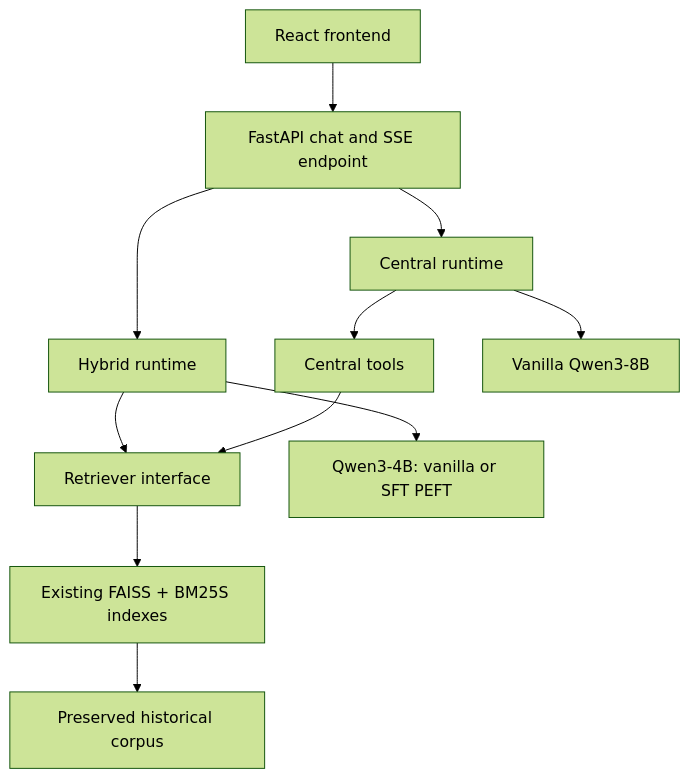
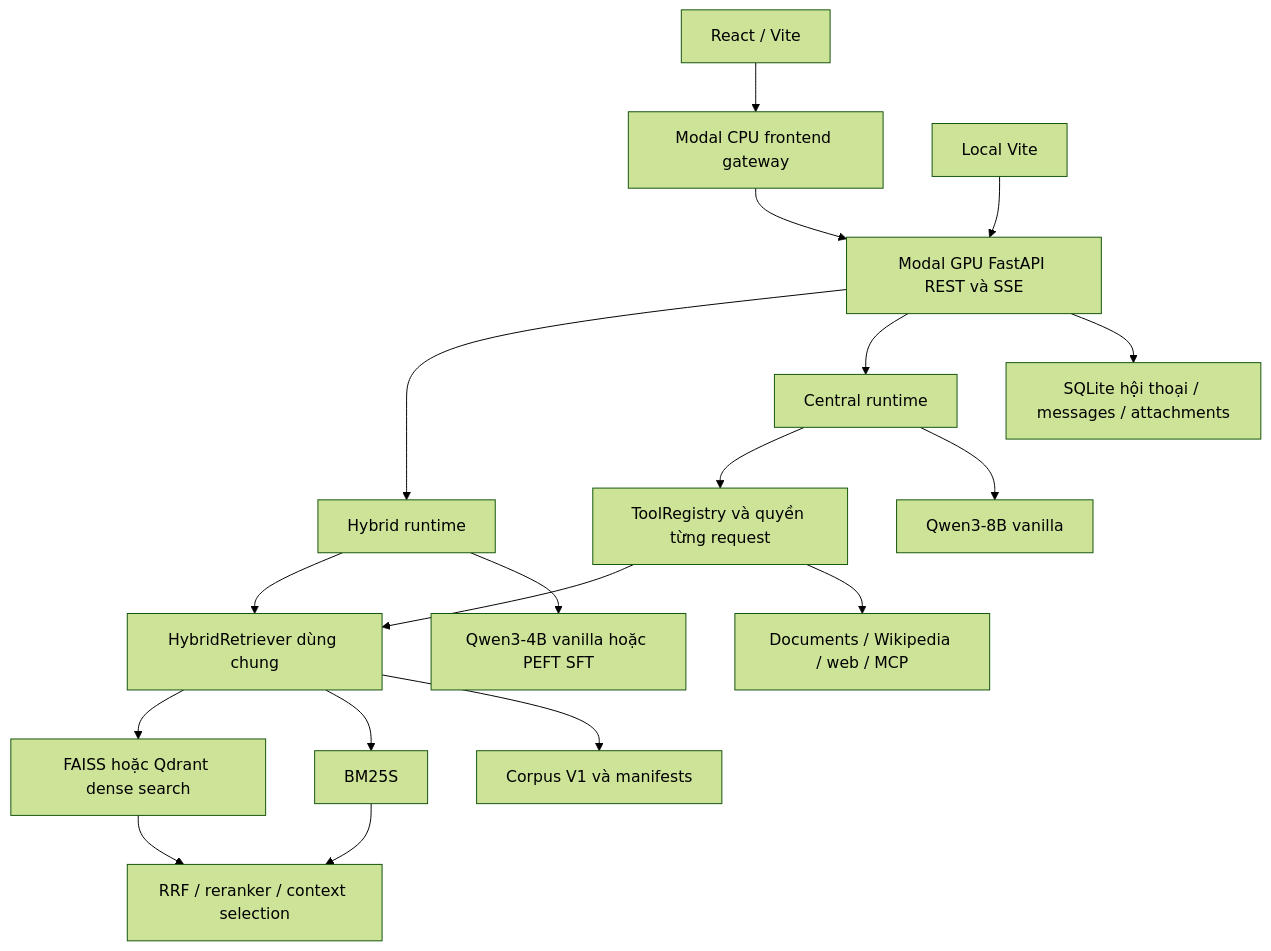
One commit to ChuTungDuongg/Chatbot_answering_vietnamese_history changed the diagram in docs/ARCHITECTURE.md. Above: the diagram before and after it, drawn with Mermaid (forest theme). The commit also changed other lines of this file and 47 other files, not shown here.

````diff
--- a/docs/ARCHITECTURE.md
+++ b/docs/ARCHITECTURE.md
@@ -5,13 +5,20 @@
 ```mermaid
 flowchart TD
-    UI[React frontend] --> API[FastAPI chat and SSE endpoint]
+    UI[React / Vite] --> GW[Modal CPU frontend gateway]
+    GW --> API[Modal GPU FastAPI REST và SSE]
+    LOCAL[Local Vite] --> API
     API --> H[Hybrid runtime]
     API --> C[Central runtime]
-    H --> R[Retriever interface]
-    C --> T[Central tools]
+    H --> R[HybridRetriever dùng chung]
+    C --> T[ToolRegistry và quyền từng request]
     T --> R
-    R --> I[Existing FAISS + BM25S indexes]
-    I --> D[Preserved historical corpus]
-    H --> Q4[Qwen3-4B: vanilla or SFT PEFT]
-    C --> Q8[Vanilla Qwen3-8B]
+    T --> E[Documents / Wikipedia / web / MCP]
+    R --> F[FAISS hoặc Qdrant dense search]
+    R --> B[BM25S]
+    R --> DATA[Corpus V1 và manifests]
+    F --> RR[RRF / reranker / context selection]
+    B --> RR
+    H --> Q4[Qwen3-4B vanilla hoặc PEFT SFT]
+    C --> Q8[Qwen3-8B vanilla]
+    API --> DB[SQLite hội thoại / messages / attachments]
 ```
````
